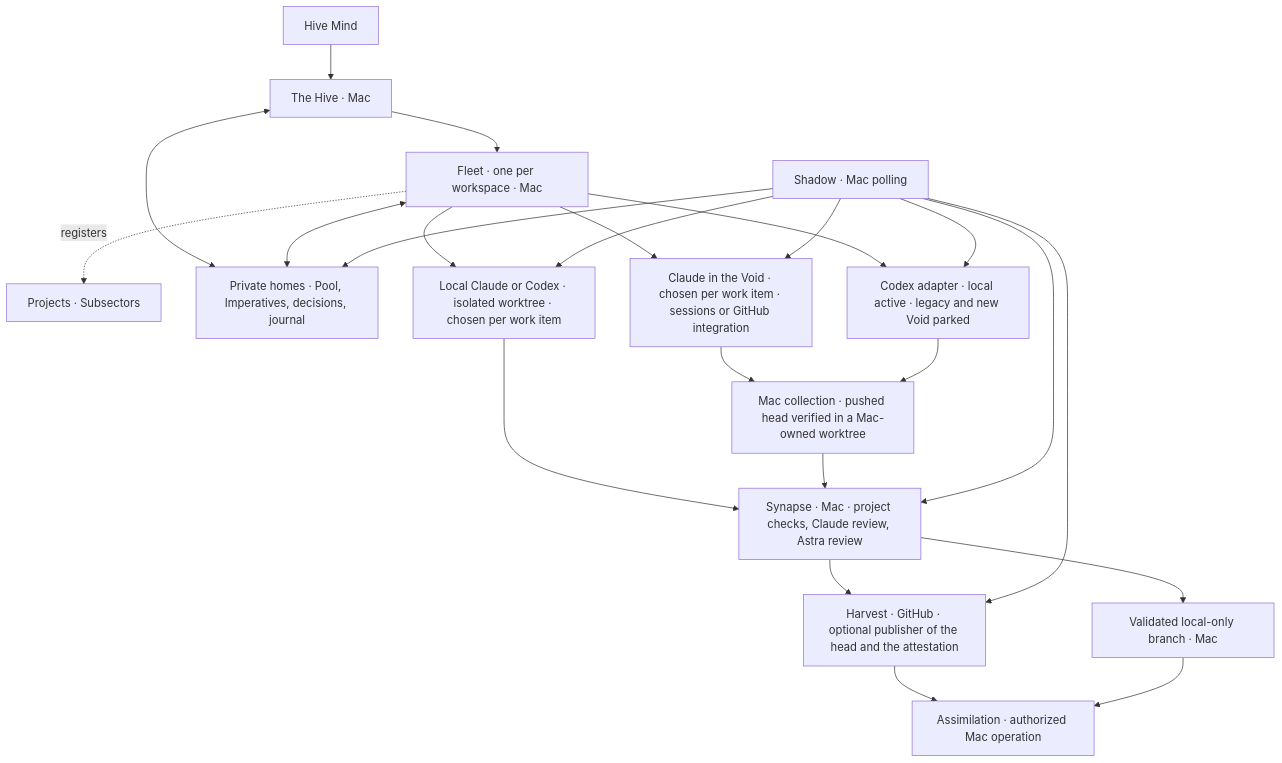
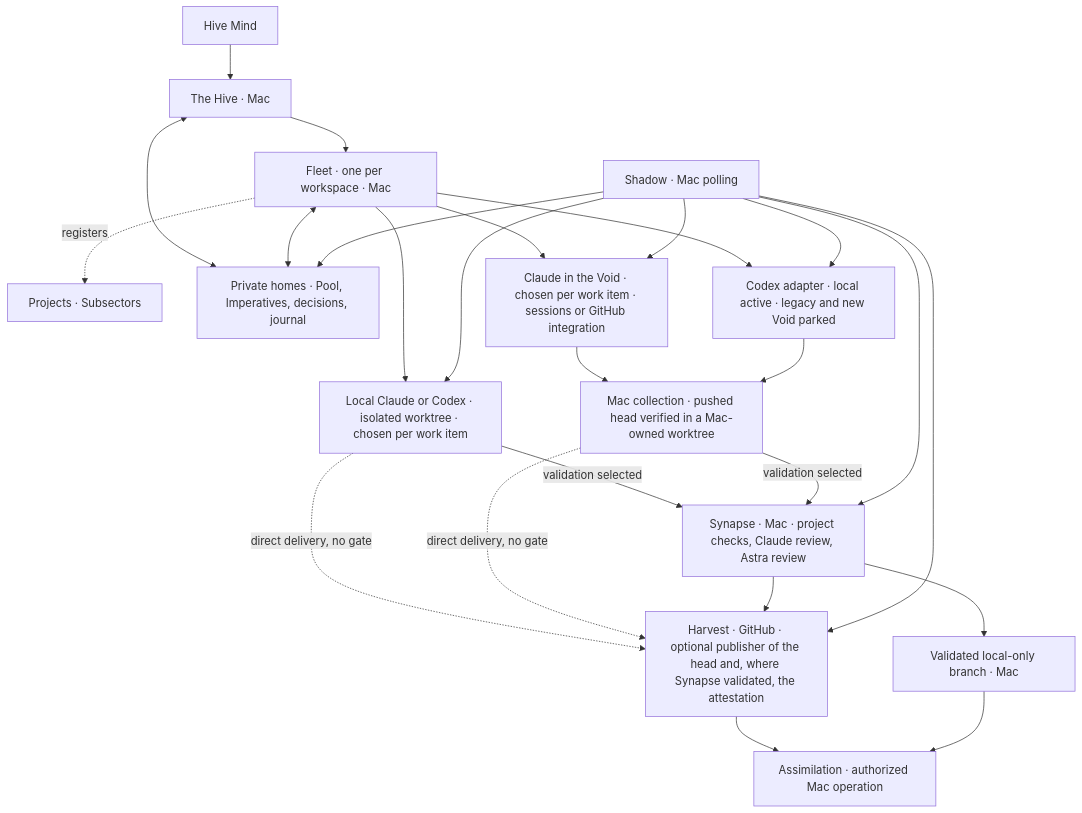
One commit to kesk-git/hive changed the diagram in docs/design.md. Above: the diagram before and after it, drawn with Mermaid. The commit also changed other lines of this file, not shown here.

Commit message:
no-mistakes(review): Condition Synapse on validation choice; read stated checks

````diff
--- a/docs/design.md
+++ b/docs/design.md
@@ -42,25 +42,27 @@
 ```mermaid
 flowchart TD
     Mind[Hive Mind] --> Hive[The Hive · Mac]
     Hive --> Fleet[Fleet · one per workspace · Mac]
     Fleet -. registers .-> Projects[Projects · Subsectors]
     Hive <--> Private[Private homes · Pool, Imperatives, decisions, journal]
     Fleet <--> Private
     Fleet --> Local[Local Claude or Codex · isolated worktree · chosen per work item]
     Fleet --> Claude[Claude in the Void · chosen per work item · sessions or GitHub integration]
     Fleet --> Codex[Codex adapter · local active · legacy and new Void parked]
-    Local --> Synapse[Synapse · Mac · project checks, Claude review, Astra review]
+    Local -- validation selected --> Synapse[Synapse · Mac · project checks, Claude review, Astra review]
     Claude --> Collection[Mac collection · pushed head verified in a Mac-owned worktree]
     Codex --> Collection
-    Collection --> Synapse
-    Synapse --> Harvest[Harvest · GitHub · optional publisher of the head and the attestation]
+    Collection -- validation selected --> Synapse
+    Local -. direct delivery, no gate .-> Harvest
+    Collection -. direct delivery, no gate .-> Harvest
+    Synapse --> Harvest[Harvest · GitHub · optional publisher of the head and, where Synapse validated, the attestation]
     Synapse --> Branch[Validated local-only branch · Mac]
     Harvest --> Assimilation[Assimilation · authorized Mac operation]
     Branch --> Assimilation
     Shadow[Shadow · Mac polling] --> Private
     Shadow --> Local
     Shadow --> Claude
     Shadow --> Codex
     Shadow --> Synapse
     Shadow --> Harvest
 ```
````
